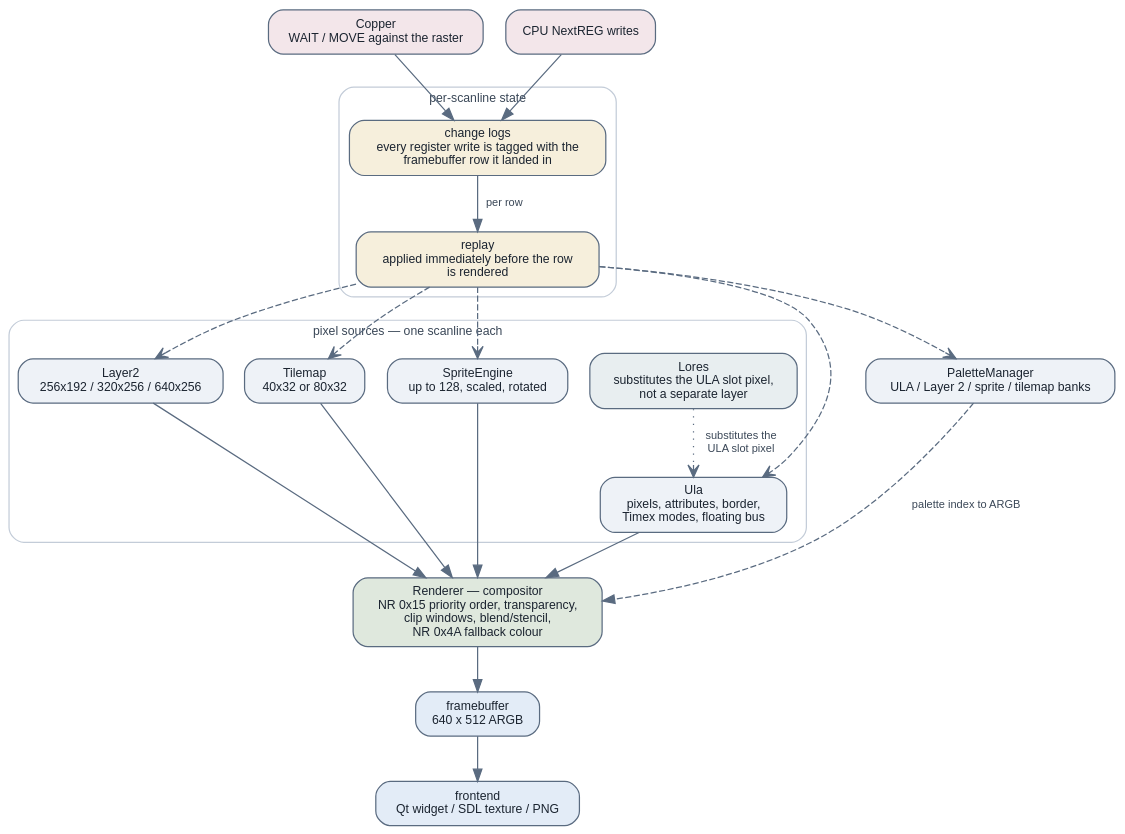
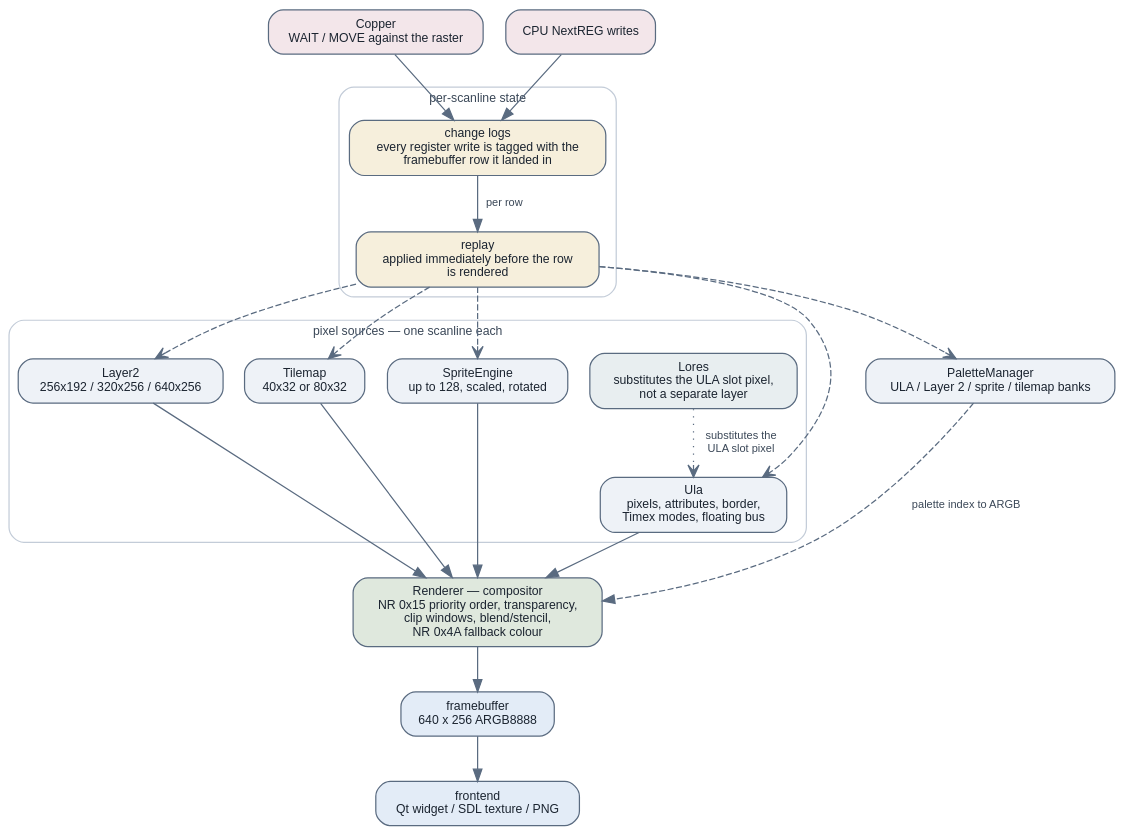
The diagram in src/doc/developer-guide/diagrams/video-pipeline.dot (jorgegv/jnext), drawn with Graphviz before and after one commit. The commit also changed 13 other files, not shown here.

```diff
--- a/src/doc/developer-guide/diagrams/video-pipeline.dot
+++ b/src/doc/developer-guide/diagrams/video-pipeline.dot
@@ -1,73 +1,73 @@
 // How pixels reach the framebuffer: sources, the per-scanline replay that
 // re-establishes their register state, and the compositor.
 //
 // Rendered by `make docs-devguide-diagrams` into ../img/video-pipeline.svg,
 // which is COMMITTED. Edit this file, never the SVG.
 //
 // The point of the figure is the middle column. JNEXT renders a scanline at a
 // time, but the registers that control a layer can change WITHIN a frame — a
 // Copper MOVE or a mid-frame CPU write. Each source therefore records its
 // changes against the row they landed in, and the renderer replays that log
 // immediately before rendering the row. Without that column the picture would
 // be "whatever the registers said at the end of the frame", and every raster
 // split in the demo corpus would collapse.
 //
 // LoRes is drawn where it is on purpose: it is NOT a fourth layer, it
 // substitutes the pixel the ULA would have emitted in that slot.
 //
 // Palette note: light fills, dark labels, transparent canvas, so the figure
 // reads on both the light and the dark theme of the rendered guide.
 digraph video_pipeline {
     bgcolor="transparent";
     // Top-to-bottom on purpose: left-to-right made this figure ~2200 px wide,
     // which forces a horizontal scroll on a documentation page.
     rankdir=TB;
     fontname="Helvetica";
     node [shape=box, style="filled,rounded", fontname="Helvetica", fontsize=10,
           fillcolor="#eef2f7", color="#5a6b80", fontcolor="#1b2430", margin="0.15,0.08"];
     edge [color="#5a6b80", fontname="Helvetica", fontsize=9, fontcolor="#3a4757"];
 
     subgraph cluster_src {
         label="pixel sources — one scanline each"; fontname="Helvetica"; fontsize=10;
         fontcolor="#3a4757"; color="#c3ccd8"; style="rounded";
         ula [label="Ula\npixels, attributes, border,\nTimex modes, floating bus"];
         lor [label="Lores\nsubstitutes the ULA slot pixel,\nnot a separate layer", fillcolor="#e8eef0"];
         l2  [label="Layer2\n256x192 / 320x256 / 640x256"];
         tm  [label="Tilemap\n40x32 or 80x32"];
         spr [label="SpriteEngine\nup to 128, scaled, rotated"];
     }
 
     subgraph cluster_state {
         label="per-scanline state"; fontname="Helvetica"; fontsize=10;
         fontcolor="#3a4757"; color="#c3ccd8"; style="rounded";
         log [label="change logs\nevery register write is tagged with the\nframebuffer row it landed in",
              fillcolor="#f6efdc"];
         rep [label="replay\napplied immediately before the row\nis rendered", fillcolor="#f6efdc"];
         log -> rep [label="  per row"];
     }
 
     cop [label="Copper\nWAIT / MOVE against the raster", fillcolor="#f3e6ea"];
     cpu [label="CPU NextREG writes", fillcolor="#f3e6ea"];
     pal [label="PaletteManager\nULA / Layer 2 / sprite / tilemap banks"];
 
     comp [label="Renderer — compositor\nNR 0x15 priority order, transparency,\nclip windows, blend/stencil,\nNR 0x4A fallback colour", fillcolor="#dfe8dd"];
-    fb   [label="framebuffer\n640 x 512 ARGB", fillcolor="#e3ecf7"];
+    fb   [label="framebuffer\n640 x 256 ARGB8888", fillcolor="#e3ecf7"];
     host [label="frontend\nQt widget / SDL texture / PNG", fillcolor="#e3ecf7"];
 
     cop -> log;
     cpu -> log;
     rep -> ula  [style=dashed, arrowhead=vee];
     rep -> l2   [style=dashed, arrowhead=vee];
     rep -> tm   [style=dashed, arrowhead=vee];
     rep -> spr  [style=dashed, arrowhead=vee];
     rep -> pal  [style=dashed, arrowhead=vee];
 
     ula -> comp;
     lor -> ula  [label="  substitutes the\n  ULA slot pixel", style=dotted, arrowhead=vee];
     l2  -> comp;
     tm  -> comp;
     spr -> comp;
     pal -> comp [label="  palette index to ARGB", style=dashed];
 
     comp -> fb -> host;
 }
```
